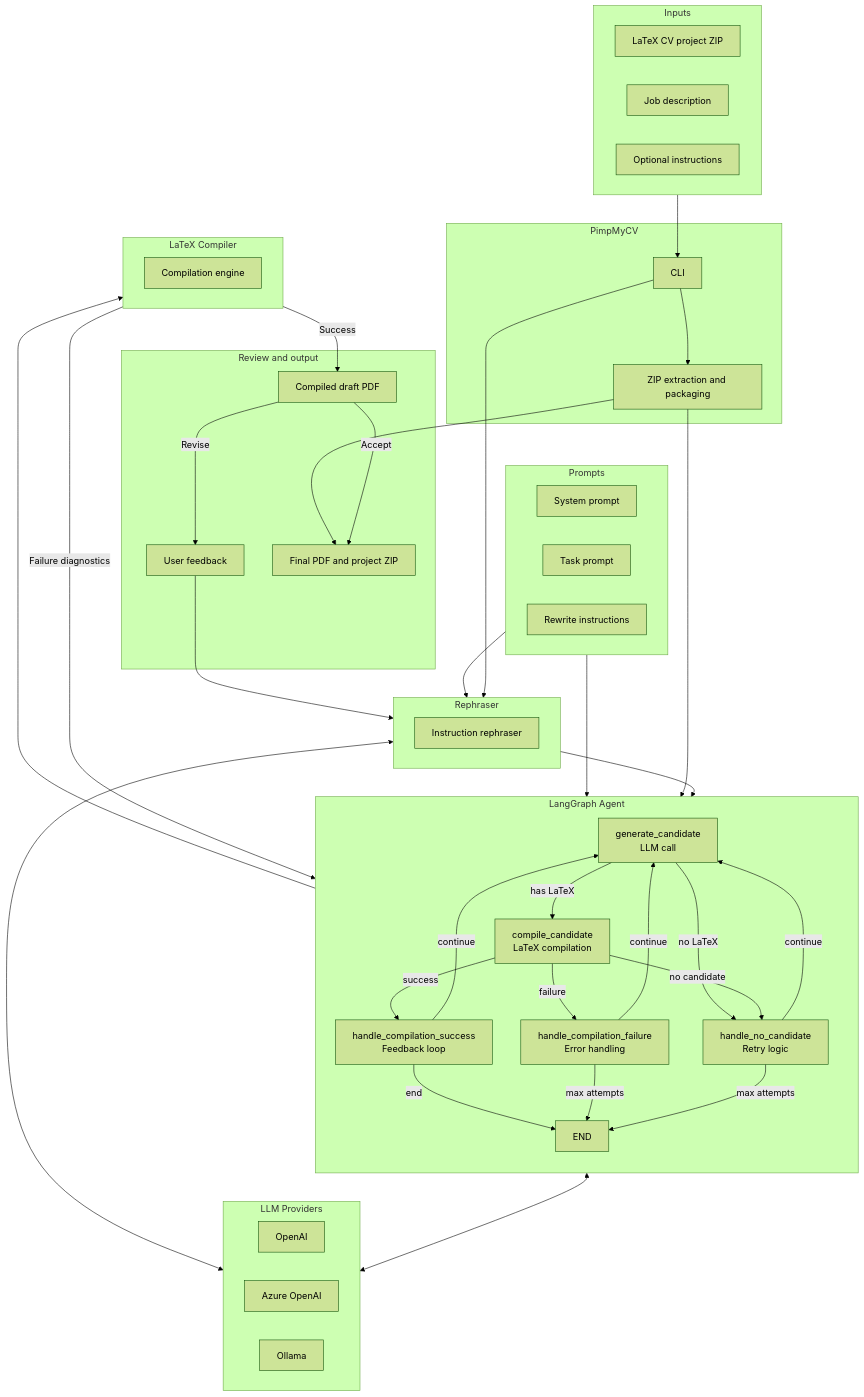
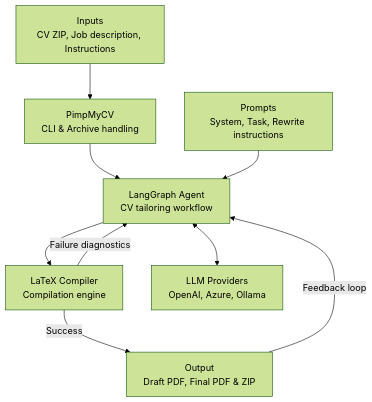
One commit to iosifidisvasileios/PimpMyCV changed the diagram in README.md. Above: the diagram before and after it, drawn with Mermaid (forest theme).

Commit message:
Simplify architecture graph with high-level abstraction

````diff
--- a/README.md
+++ b/README.md
@@ -140,76 +140,25 @@
 ```mermaid
 graph TB
-    subgraph Inputs["Inputs"]
-        CV["LaTeX CV project ZIP"]
-        Job["Job description"]
-        Instructions["Optional instructions"]
-    end
-
-    subgraph PimpMyCV["PimpMyCV"]
-        CLI["CLI"]
-        Archive["ZIP extraction and packaging"]
-    end
-
-    subgraph LangGraphAgent["LangGraph Agent"]
-        direction TB
-        GC["generate_candidate<br/>LLM call"]
-        CC["compile_candidate<br/>LaTeX compilation"]
-        HS["handle_compilation_success<br/>Feedback loop"]
-        HF["handle_compilation_failure<br/>Error handling"]
-        HNC["handle_no_candidate<br/>Retry logic"]
-        
-        GC -->|has LaTeX| CC
-        GC -->|no LaTeX| HNC
-        CC -->|success| HS
-        CC -->|failure| HF
-        CC -->|no candidate| HNC
-        HS -->|continue| GC
-        HF -->|continue| GC
-        HNC -->|continue| GC
-        HS -->|end| END
-        HF -->|max attempts| END
-        HNC -->|max attempts| END
-    end
-
-    subgraph Prompts["Prompts"]
-        P1["System prompt"]
-        P2["Task prompt"]
-        P3["Rewrite instructions"]
-    end
-
-    subgraph Rephraser["Rephraser"]
-        R1["Instruction rephraser"]
-    end
-
-    subgraph Compiler["LaTeX Compiler"]
-        C1["Compilation engine"]
-    end
-
-    subgraph Providers["LLM Providers"]
-        OpenAI["OpenAI"]
-        Azure["Azure OpenAI"]
-        Ollama["Ollama"]
-    end
-
-    subgraph Review_and_Output["Review and output"]
-        Draft["Compiled draft PDF"]
-        Feedback["User feedback"]
-        Final["Final PDF and project ZIP"]
-    end
-
-    Inputs --> CLI
-    CLI --> Rephraser
-    Rephraser --> LangGraphAgent
-    CLI --> Archive
-    Archive --> LangGraphAgent
-    Prompts --> LangGraphAgent
-    Prompts --> Rephraser
-    LangGraphAgent <--> Providers
-    Rephraser <--> Providers
-    LangGraphAgent --> Compiler
-    Compiler -->|Success| Draft
-    Compiler -->|Failure diagnostics| LangGraphAgent
-    Draft -->|Revise| Feedback --> Rephraser
-    Draft -->|Accept| Final
-    Archive --> Final
+    Inputs["Inputs<br/>CV ZIP, Job description, Instructions"]
+    
+    PimpMyCV["PimpMyCV<br/>CLI & Archive handling"]
+    
+    Agent["LangGraph Agent<br/>CV tailoring workflow"]
+    
+    Prompts["Prompts<br/>System, Task, Rewrite instructions"]
+    
+    Compiler["LaTeX Compiler<br/>Compilation engine"]
+    
+    Providers["LLM Providers<br/>OpenAI, Azure, Ollama"]
+    
+    Output["Output<br/>Draft PDF, Final PDF & ZIP"]
+    
+    Inputs --> PimpMyCV
+    PimpMyCV --> Agent
+    Prompts --> Agent
+    Agent <--> Providers
+    Agent --> Compiler
+    Compiler -->|Success| Output
+    Compiler -->|Failure diagnostics| Agent
+    Output -->|Feedback loop| Agent
 ```
````
